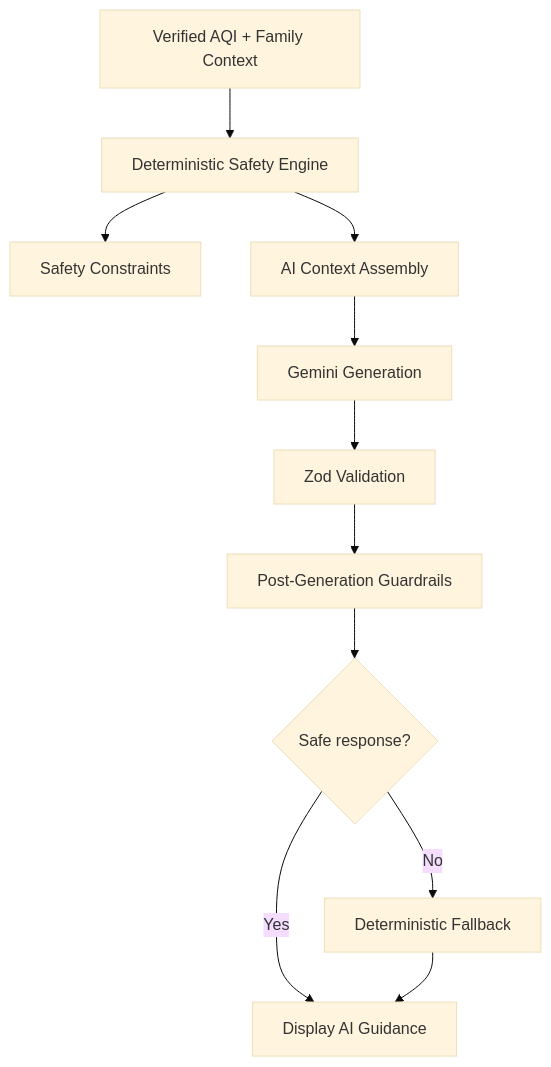
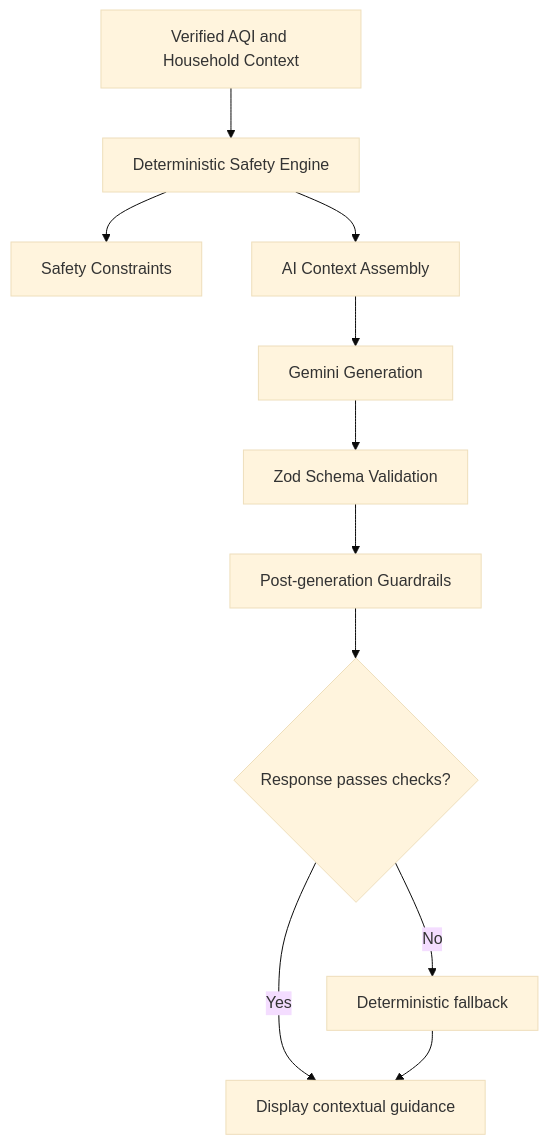
One commit to bhargavaalapati/H2SPWC6Urban-Air-Quality-Assistant-problem changed the third of 3 diagrams in README.md. Above: the diagram before and after it, drawn with Mermaid (base theme). The commit also changed other lines of this file and 51 other files, not shown here.

````diff
--- a/README.md
+++ b/README.md
@@ -231,13 +276,13 @@
 ```mermaid
 flowchart TD
-    A[Verified AQI + Family Context] --> B[Deterministic Safety Engine]
+    A[Verified AQI and Household Context] --> B[Deterministic Safety Engine]
     B --> C[Safety Constraints]
     B --> D[AI Context Assembly]
     D --> E[Gemini Generation]
-    E --> F[Zod Validation]
-    F --> G[Post-Generation Guardrails]
-    G --> H{Safe response?}
-    H -->|Yes| I[Display AI Guidance]
-    H -->|No| J[Deterministic Fallback]
+    E --> F[Zod Schema Validation]
+    F --> G[Post-generation Guardrails]
+    G --> H{Response passes checks?}
+    H -->|Yes| I[Display contextual guidance]
+    H -->|No| J[Deterministic fallback]
     J --> I
 ```
````
